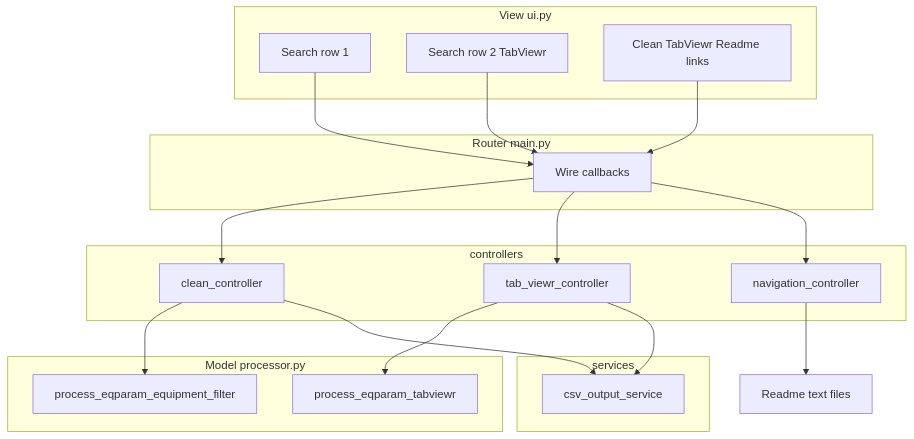
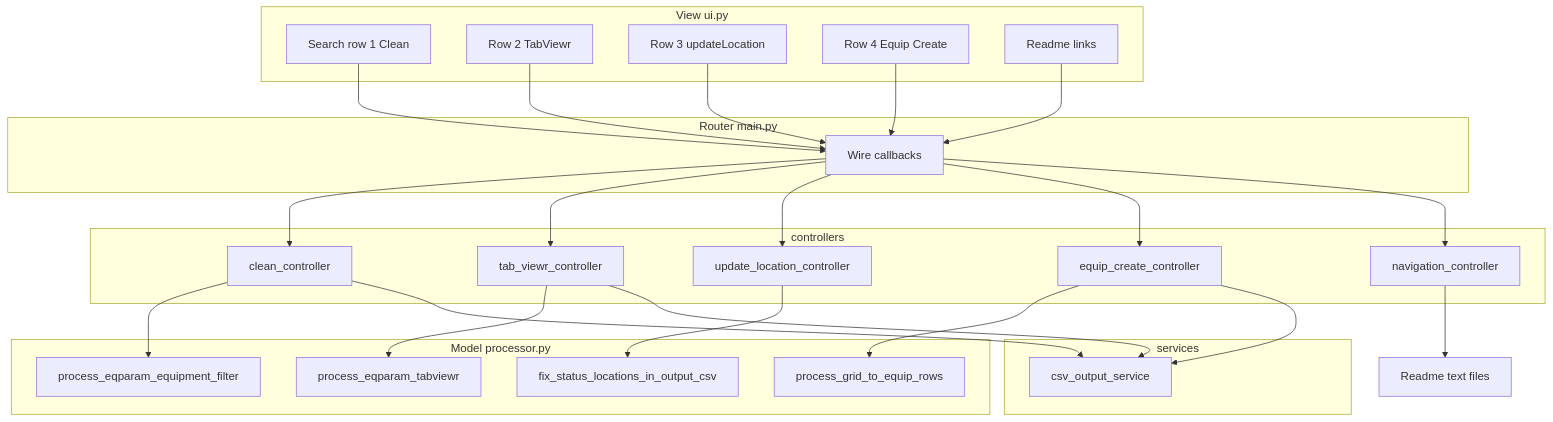
The diagram in UML/overview.md (infernoalert/PLANTSCADA), drawn with Mermaid before and after one commit. The commit also changed other lines of this file and 7 other files, not shown here.

````diff
--- a/UML/overview.md
+++ b/UML/overview.md
@@ -58,34 +66,47 @@
 ```mermaid
 flowchart TB
   subgraph view [View ui.py]
-    Entry1[Search row 1]
-    Entry2[Search row 2 TabViewr]
-    Actions[Clean TabViewr Readme links]
+    Entry1[Search row 1 Clean]
+    Entry2[Row 2 TabViewr]
+    Entry3[Row 3 updateLocation]
+    Entry4[Row 4 Equip Create]
+    Actions[Readme links]
   end
   subgraph router [Router main.py]
     Wire[Wire callbacks]
   end
   subgraph controllers [controllers]
     Clean[clean_controller]
     TabV[tab_viewr_controller]
+    Upd[update_location_controller]
+    Equip[equip_create_controller]
     Nav[navigation_controller]
   end
   subgraph model [Model processor.py]
     EqFilter[process_eqparam_equipment_filter]
     TabGrid[process_eqparam_tabviewr]
+    FixLoc[fix_status_locations_in_output_csv]
+    GridEquip[process_grid_to_equip_rows]
   end
   subgraph services [services]
     CsvOut[csv_output_service]
   end
   Entry1 --> Wire
   Entry2 --> Wire
+  Entry3 --> Wire
+  Entry4 --> Wire
   Actions --> Wire
   Wire --> Clean
   Wire --> TabV
+  Wire --> Upd
+  Wire --> Equip
   Wire --> Nav
   Clean --> EqFilter
   Clean --> CsvOut
   TabV --> TabGrid
   TabV --> CsvOut
+  Upd --> FixLoc
+  Equip --> GridEquip
+  Equip --> CsvOut
   Nav --> ReadmeAssets[Readme text files]
 ```
````
